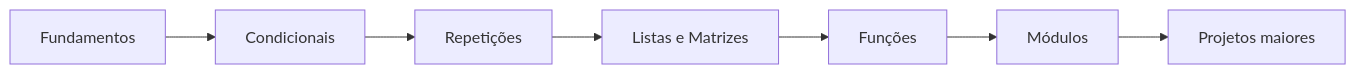
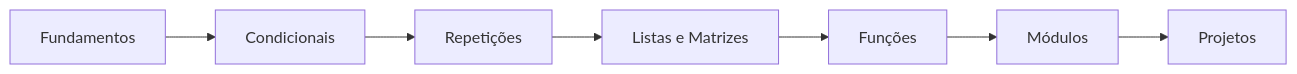
The diagram in README.md (DEV-LFS/Atividades), drawn with Mermaid before and after one commit. The commit also changed other lines of this file, not shown here.

````diff
--- a/README.md
+++ b/README.md
@@ -311,9 +446,9 @@
 ```mermaid
 flowchart LR
     A[Fundamentos] --> B[Condicionais]
     B --> C[Repetições]
     C --> D[Listas e Matrizes]
     D --> E[Funções]
     E --> F[Módulos]
-    F --> G[Projetos maiores]
+    F --> G[Projetos]
 ```
````
